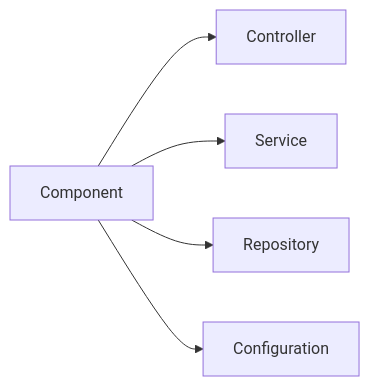
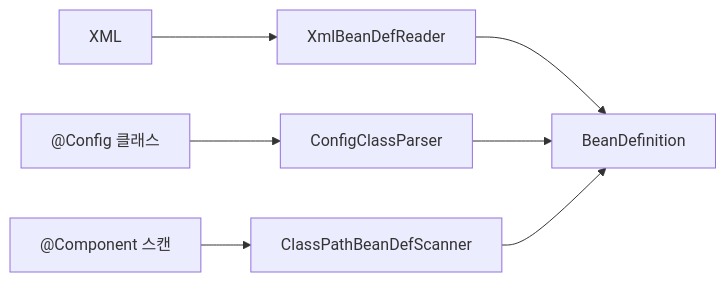
One commit to yjkim2015/yjkim2015.github.io changed the fourth of 8 diagrams in _posts/spring/2026-05-02-spring-core-basic.md. Above: the diagram before and after it, drawn with Mermaid. The commit also changed other lines of this file and 4 other files, not shown here.

````diff
--- a/_posts/spring/2026-05-02-spring-core-basic.md
+++ b/_posts/spring/2026-05-02-spring-core-basic.md
@@ -201,7 +256,9 @@
 ```mermaid
 graph LR
-    A[Component] --> B[Controller]
-    A --> C[Service]
-    A --> D[Repository]
-    A --> E[Configuration]
+    A["XML"] --> B["XmlBeanDefReader"]
+    C["@Config 클래스"] --> D["ConfigClassParser"]
+    E["@Component 스캔"] --> F["ClassPathBeanDefScanner"]
+    B --> G["BeanDefinition"]
+    D --> G
+    F --> G
 ```
````
